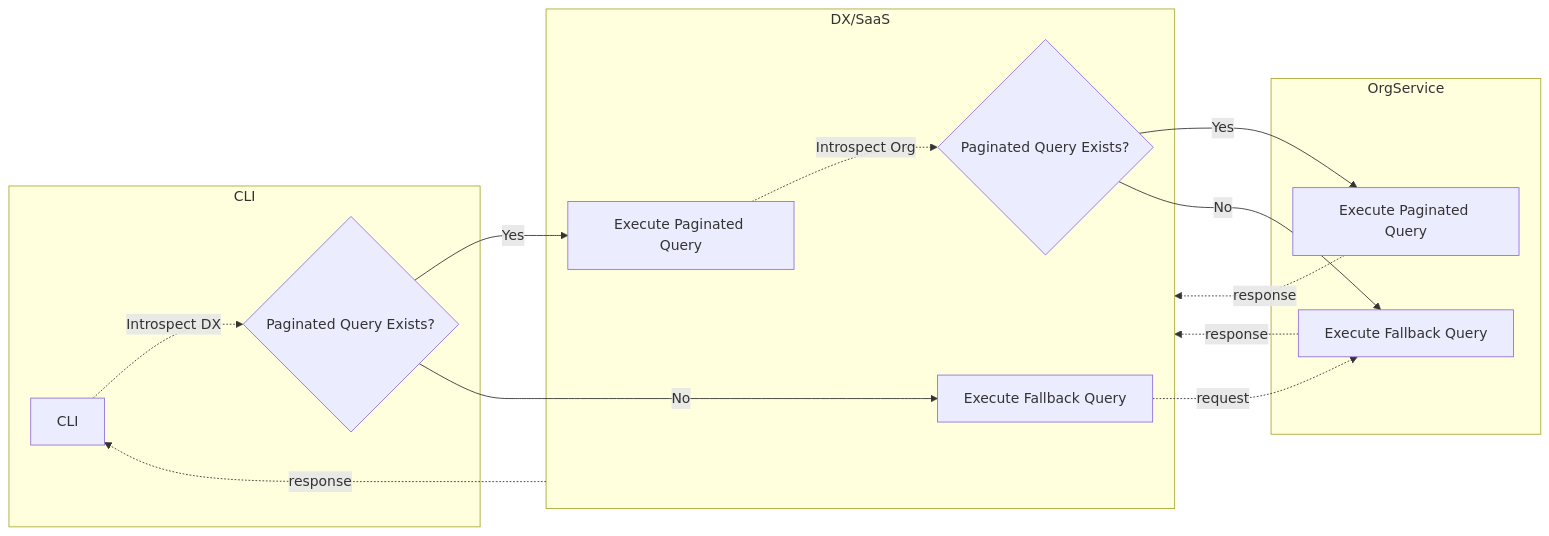
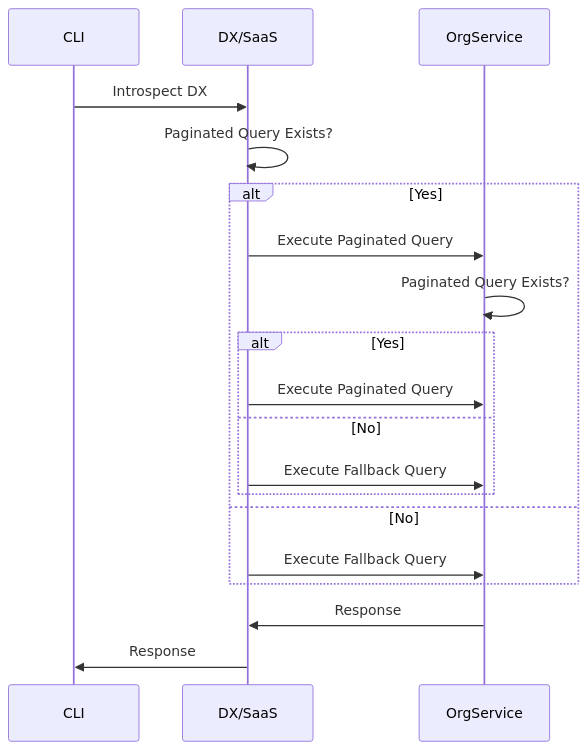
One commit to moderneinc/moderne-docs changed the diagram in docs/releases/cli-dx.md. Above: the diagram before and after it, drawn with Mermaid. The commit also changed other lines of this file, not shown here.

Commit message:
docs(clidx): convert to sequence digram for readability

````diff
--- a/docs/releases/cli-dx.md
+++ b/docs/releases/cli-dx.md
@@ -130,21 +127,22 @@
 ```mermaid
-graph LR
-    subgraph CLI 
-        A[CLI]-.Introspect DX.-> B{Paginated Query Exists?}
+sequenceDiagram
+    participant CLI
+    participant DX/SaaS
+    participant OrgService
+
+    CLI->>DX/SaaS: Introspect DX
+    DX/SaaS->>DX/SaaS: Paginated Query Exists?
+    alt Yes
+        DX/SaaS->>OrgService: Execute Paginated Query
+        OrgService->>OrgService: Paginated Query Exists?
+        alt Yes
+            DX/SaaS->>OrgService: Execute Paginated Query
+        else No
+            DX/SaaS->>OrgService: Execute Fallback Query
+        end
+    else No
+        DX/SaaS->>OrgService: Execute Fallback Query
     end
-    subgraph DX/SaaS
-        B -- Yes --> C[Execute Paginated Query]
-        B -- No --> D[Execute Fallback Query]
-        C-.Introspect Org.-> E{Paginated Query Exists?}
-    end
-    subgraph OrgService
-        E -- Yes --> F[Execute Paginated Query]
-        E -- No --> G[Execute Fallback Query]
-    end
-
-    F-. response .-> DX/SaaS
-    D-.request.-> G
-    G-. response .-> DX/SaaS
-
-    DX/SaaS-. response .-> A
+    OrgService->>DX/SaaS: Response
+    DX/SaaS->>CLI: Response
 ```
````
